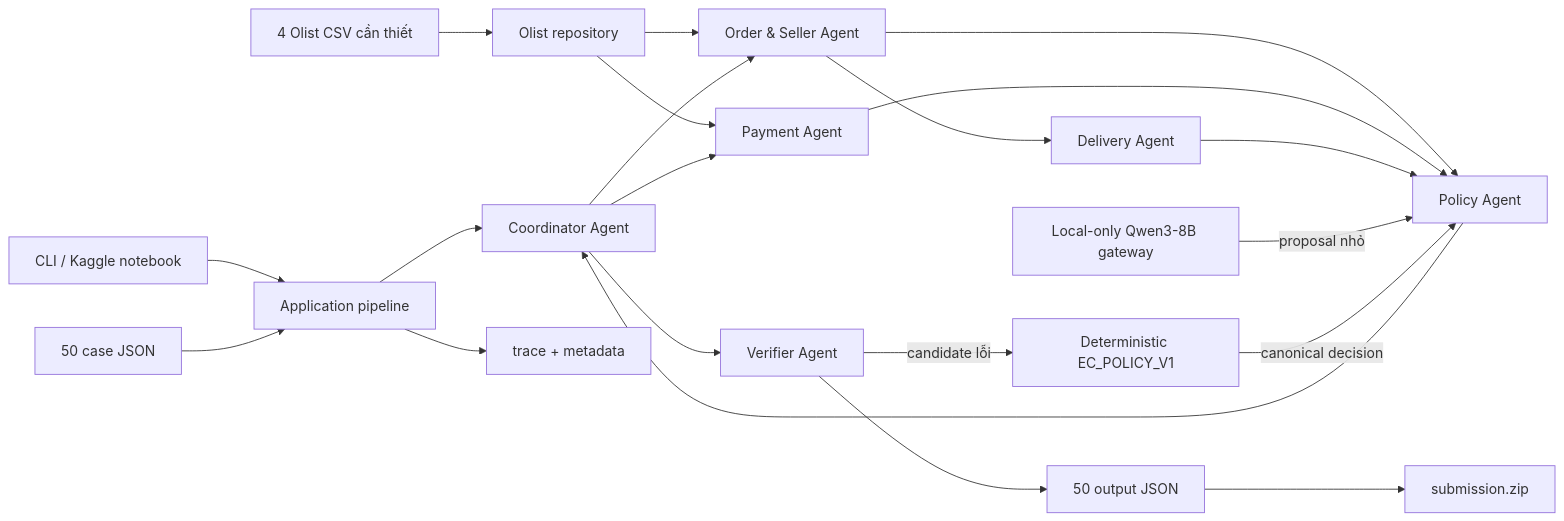
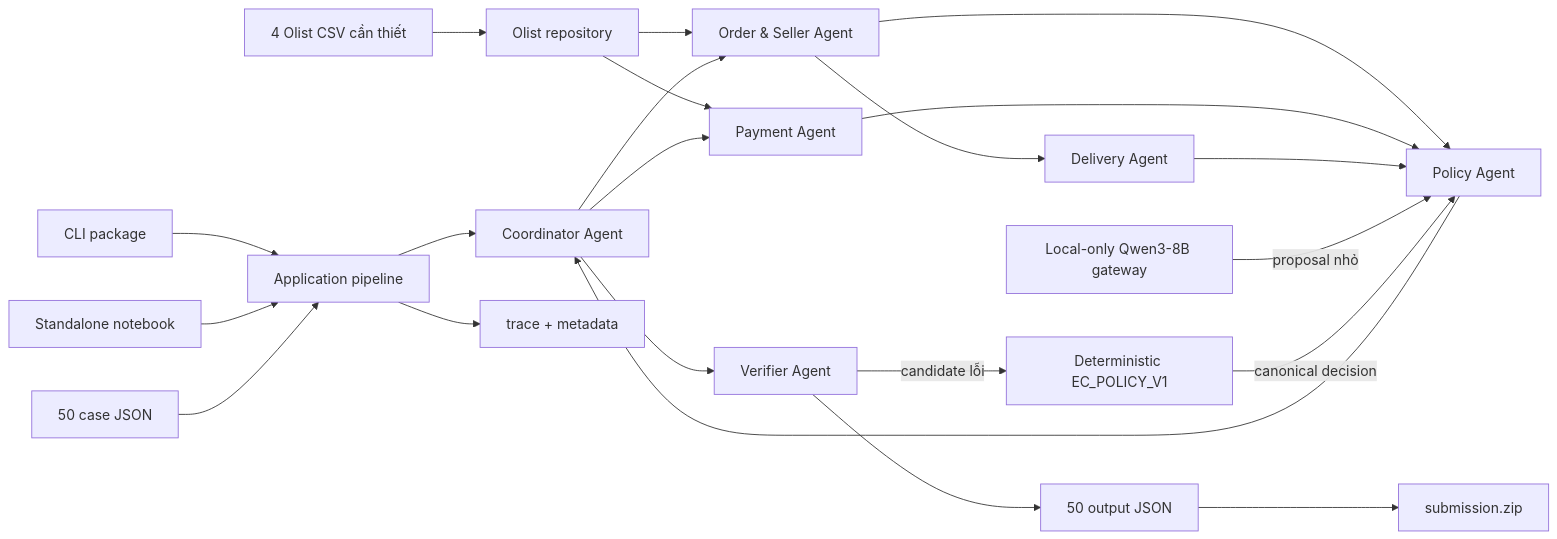
The diagram in architecture.md (duc-smeb-uet68/Multiagent-A2A), drawn with Mermaid before and after one commit. The commit also changed other lines of this file and 21 other files, not shown here.

````diff
--- a/architecture.md
+++ b/architecture.md
@@ -18,23 +19,24 @@
 ```mermaid
 flowchart LR
-    CLI["CLI / Kaggle notebook"] --> P["Application pipeline"]
+    CLI["CLI package"] --> P["Application pipeline"]
+    NB["Standalone notebook"] --> P
     I["50 case JSON"] --> P
     D["4 Olist CSV cần thiết"] --> R["Olist repository"]
     P --> C["Coordinator Agent"]
     R --> OS["Order & Seller Agent"]
     R --> PA["Payment Agent"]
     C --> OS
     C --> PA
     OS --> DA["Delivery Agent"]
     OS --> PO["Policy Agent"]
     PA --> PO
     DA --> PO
     Q["Local-only Qwen3-8B gateway"] -->|"proposal nhỏ"| PO
     F["Deterministic EC_POLICY_V1"] -->|"canonical decision"| PO
     PO --> C
     C --> V["Verifier Agent"]
     V --> O["50 output JSON"]
     V -->|"candidate lỗi"| F
     P --> T["trace + metadata"]
     O --> Z["submission.zip"]
 ```
````
